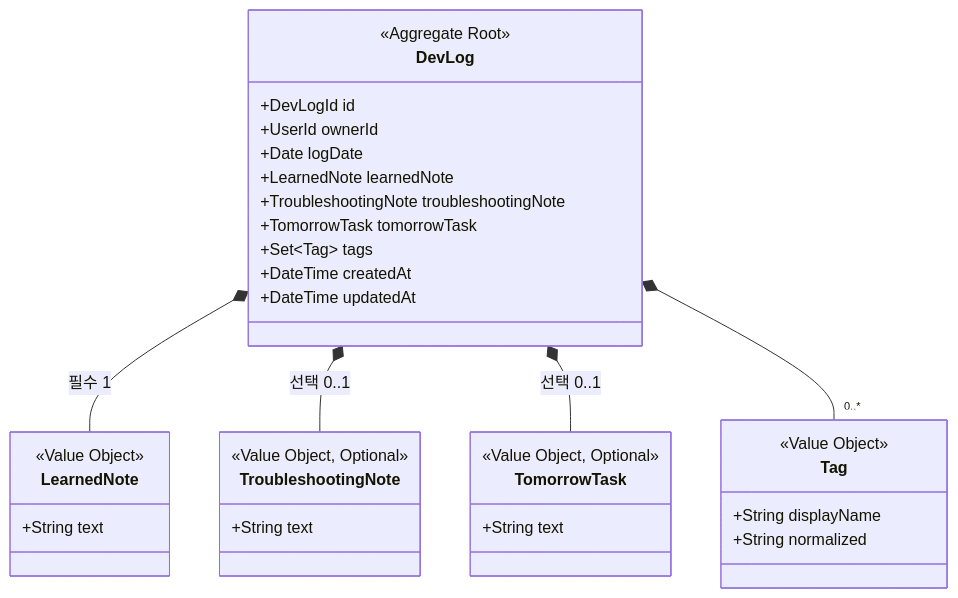
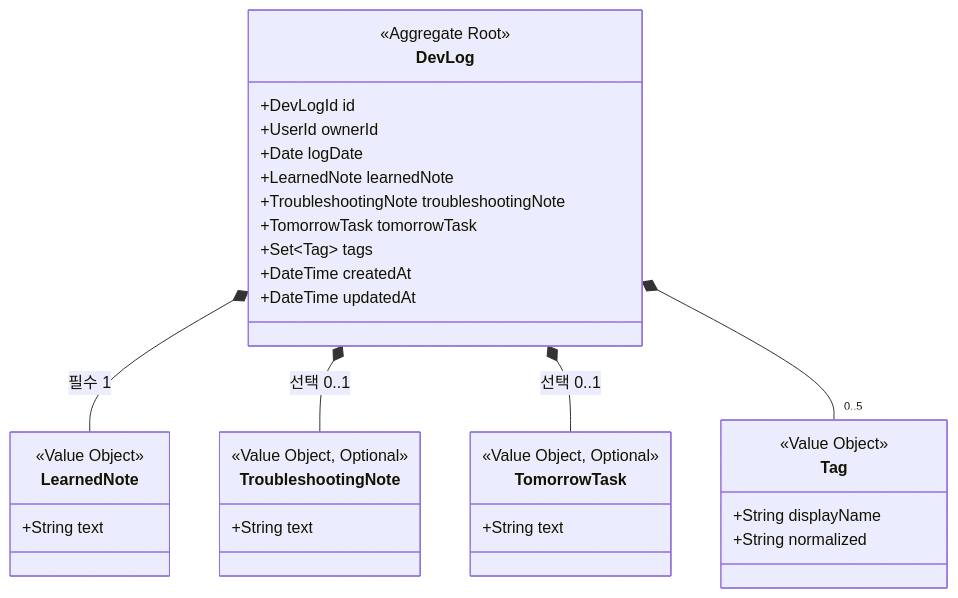
The third of 4 diagrams in docs/domain-model.md (myeonnnn/3m-devlog), drawn with Mermaid before and after one commit. The commit also changed other lines of this file and 2 other files, not shown here.

````diff
--- a/docs/domain-model.md
+++ b/docs/domain-model.md
@@ -71,37 +71,37 @@
 ```mermaid
 classDiagram
     class DevLog {
         <<Aggregate Root>>
         +DevLogId id
         +UserId ownerId
         +Date logDate
         +LearnedNote learnedNote
         +TroubleshootingNote troubleshootingNote
         +TomorrowTask tomorrowTask
         +Set~Tag~ tags
         +DateTime createdAt
         +DateTime updatedAt
     }
     class LearnedNote {
         <<Value Object>>
         +String text
     }
     class TroubleshootingNote {
         <<Value Object, Optional>>
         +String text
     }
     class TomorrowTask {
         <<Value Object, Optional>>
         +String text
     }
     class Tag {
         <<Value Object>>
         +String displayName
         +String normalized
     }
 
     DevLog *-- LearnedNote : 필수 1
     DevLog *-- TroubleshootingNote : 선택 0..1
     DevLog *-- TomorrowTask : 선택 0..1
-    DevLog *-- "0..*" Tag
+    DevLog *-- "0..5" Tag
 ```
````
